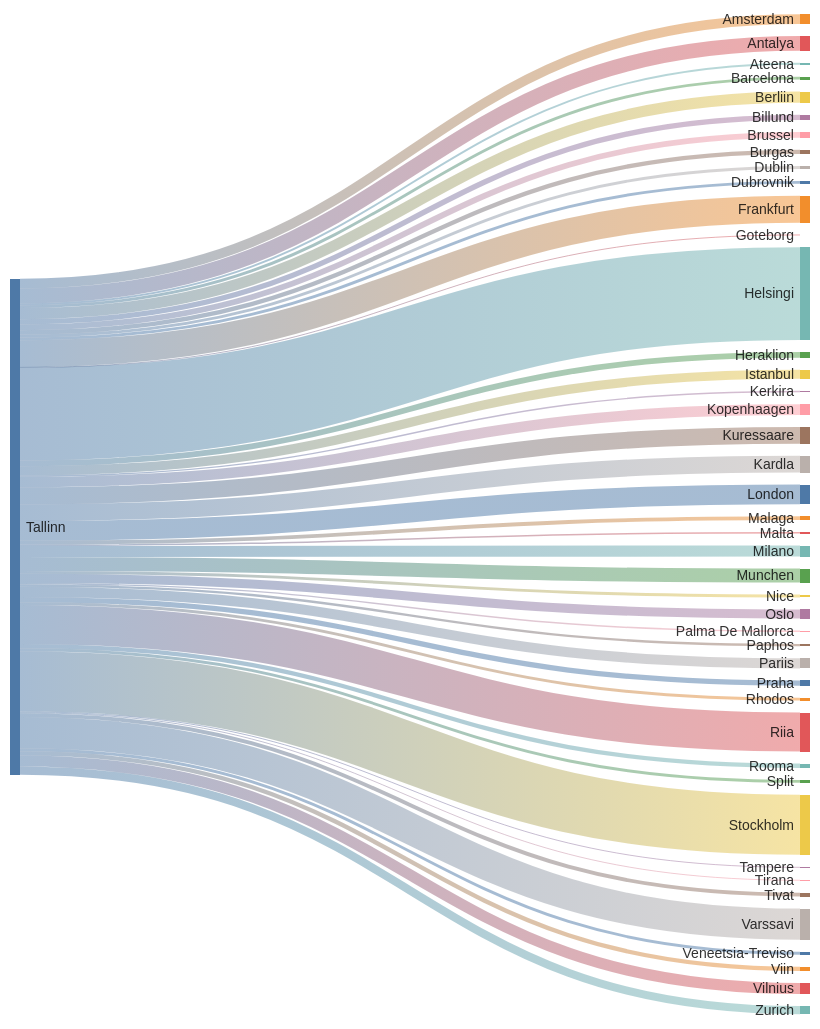
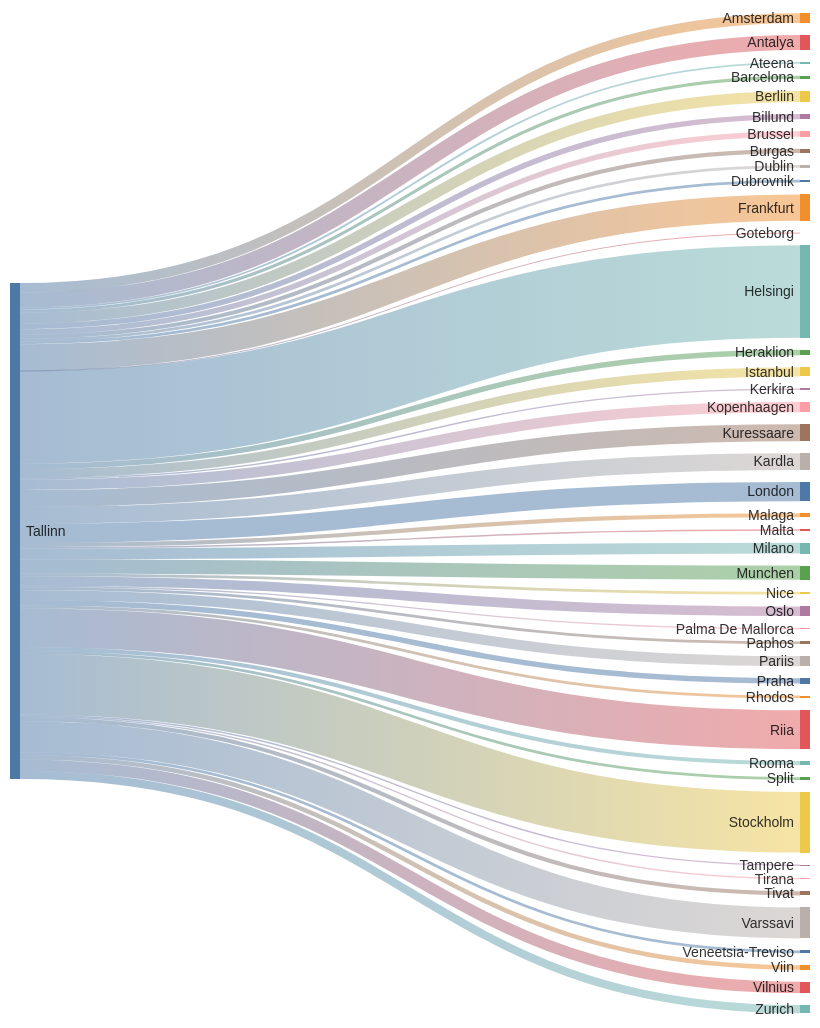
The second of 2 diagrams in README.md (rainermesi/tll-airport-departures), drawn with Mermaid before and after one commit. The commit also changed other lines of this file, not shown here.

````diff
--- a/README.md
+++ b/README.md
@@ -34,56 +34,56 @@
 ```mermaid
 ---
 config:
   sankey:
     showValues: false
     width: 800
     height: 1000
 ---
 sankey-beta
 %% source,target,value
-Tallinn,Amsterdam,20
-Tallinn,Antalya,31
+Tallinn,Amsterdam,21
+Tallinn,Antalya,33
 Tallinn,Ateena,4
-Tallinn,Barcelona,6
-Tallinn,Berliin,23
-Tallinn,Billund,11
+Tallinn,Barcelona,7
+Tallinn,Berliin,24
+Tallinn,Billund,12
 Tallinn,Brussel,12
 Tallinn,Burgas,9
 Tallinn,Dublin,6
 Tallinn,Dubrovnik,6
-Tallinn,Frankfurt,56
+Tallinn,Frankfurt,58
 Tallinn,Goteborg,1
-Tallinn,Helsingi,193
+Tallinn,Helsingi,203
 Tallinn,Heraklion,12
-Tallinn,Istanbul,19
+Tallinn,Istanbul,20
 Tallinn,Kerkira,3
-Tallinn,Kopenhaagen,22
-Tallinn,Kuressaare,35
-Tallinn,Kardla,35
-Tallinn,London,41
-Tallinn,Malaga,8
+Tallinn,Kopenhaagen,23
+Tallinn,Kuressaare,37
+Tallinn,Kardla,37
+Tallinn,London,42
+Tallinn,Malaga,9
 Tallinn,Malta,3
-Tallinn,Milano,23
-Tallinn,Munchen,29
+Tallinn,Milano,24
+Tallinn,Munchen,31
 Tallinn,Nice,6
-Tallinn,Oslo,19
+Tallinn,Oslo,21
 Tallinn,Palma De Mallorca,3
-Tallinn,Paphos,5
-Tallinn,Pariis,21
-Tallinn,Praha,11
+Tallinn,Paphos,6
+Tallinn,Pariis,22
+Tallinn,Praha,12
 Tallinn,Rhodos,6
-Tallinn,Riia,81
+Tallinn,Riia,85
 Tallinn,Rooma,9
 Tallinn,Split,6
-Tallinn,Stockholm,125
-Tallinn,Tampere,2
-Tallinn,Tirana,2
-Tallinn,Tivat,8
-Tallinn,Varssavi,65
+Tallinn,Stockholm,133
+Tallinn,Tampere,3
+Tallinn,Tirana,3
+Tallinn,Tivat,9
+Tallinn,Varssavi,68
 Tallinn,Veneetsia-Treviso,6
-Tallinn,Viin,9
-Tallinn,Vilnius,23
-Tallinn,Zurich,17
+Tallinn,Viin,10
+Tallinn,Vilnius,25
+Tallinn,Zurich,18
 
 
 ```
````
